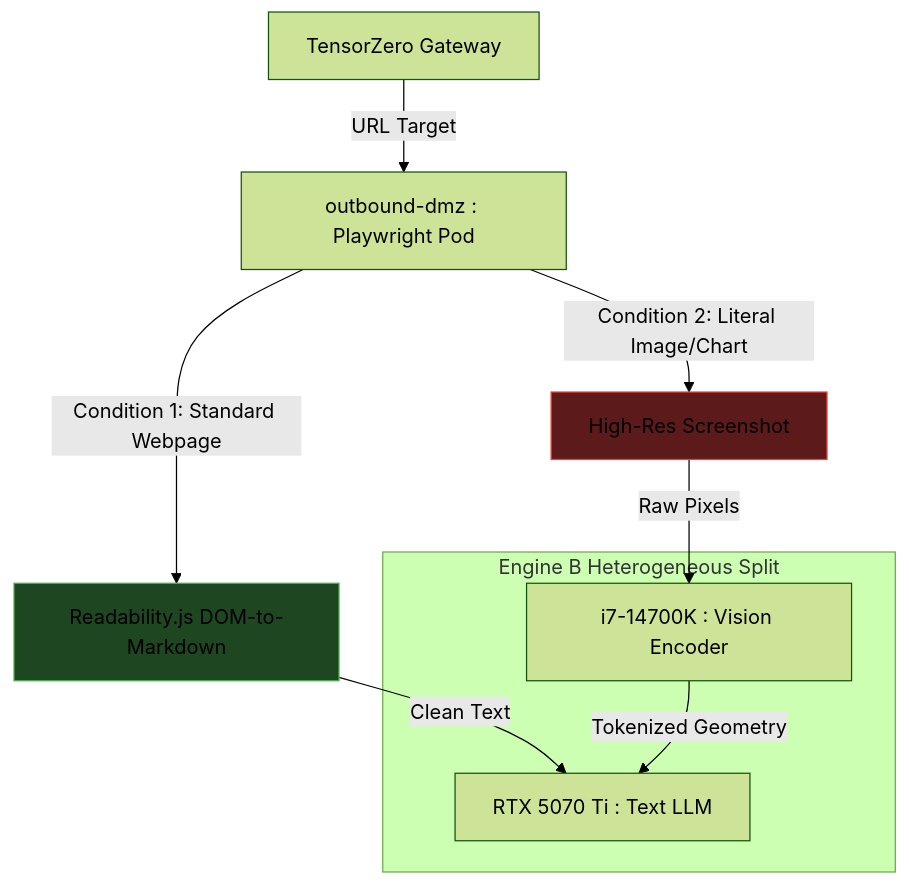
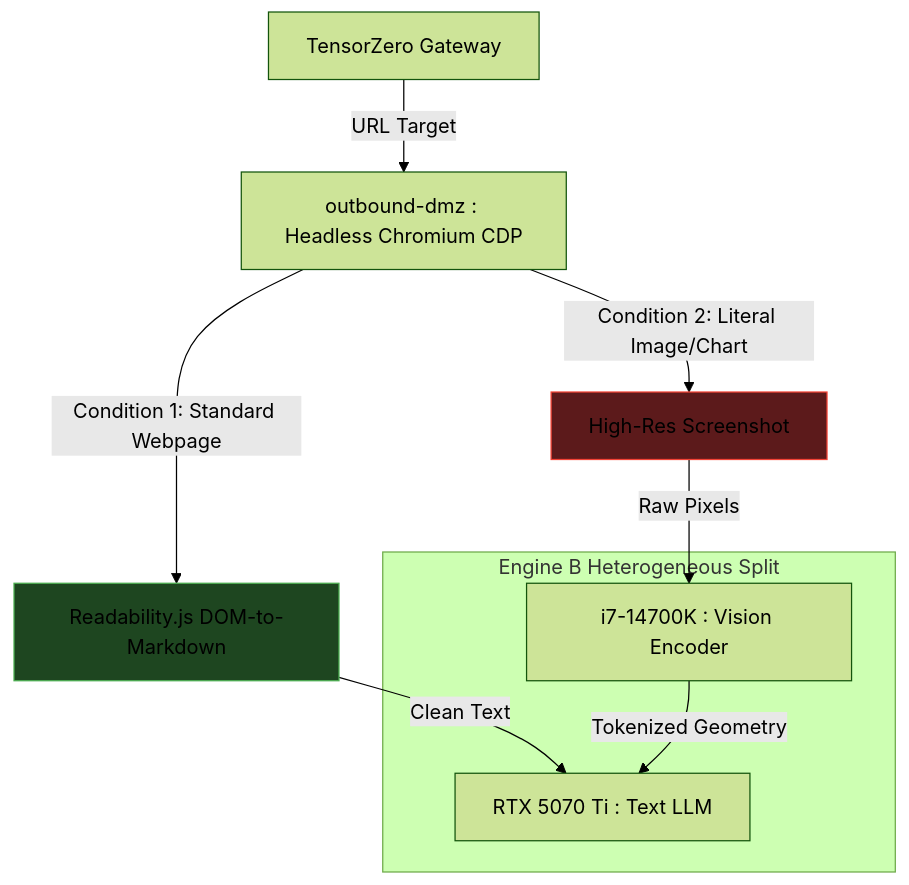
Before and after one commit to foersben/janus-synapse-edge: the diagram in docs/07. API Gateway, Orchestration & Network Firewall.md, drawn with Mermaid (forest theme). The commit also changed other lines of this file and 16 other files, not shown here.

First line of the commit message:
docs: resolve core architectural contradictions and upgrade validation rules

````diff
--- a/docs/07. API Gateway, Orchestration & Network Firewall.md
+++ b/docs/07. API Gateway, Orchestration & Network Firewall.md
@@ -82,23 +82,23 @@
 ```mermaid
 flowchart TD
     %% Air-Gapped Extraction Pipeline
     Gateway[TensorZero Gateway]
-    DMZ[outbound-dmz : Playwright Pod]
+    DMZ[outbound-dmz : Headless Chromium CDP]
 
     subgraph Engine B Heterogeneous Split
         GPU[RTX 5070 Ti : Text LLM]
         CPU[i7-14700K : Vision Encoder]
     end
 
     Gateway -->|URL Target| DMZ
 
     DMZ -->|Condition 1: Standard Webpage| Parse[Readability.js DOM-to-Markdown]
     DMZ -->|Condition 2: Literal Image/Chart| Snap[High-Res Screenshot]
 
     Parse -->|Clean Text| GPU
     Snap -->|Raw Pixels| CPU
     CPU -->|Tokenized Geometry| GPU
 
     style Parse fill:#1e4620,stroke:#4caf50
     style Snap fill:#5c1a1b,stroke:#f44336
 ```
````
